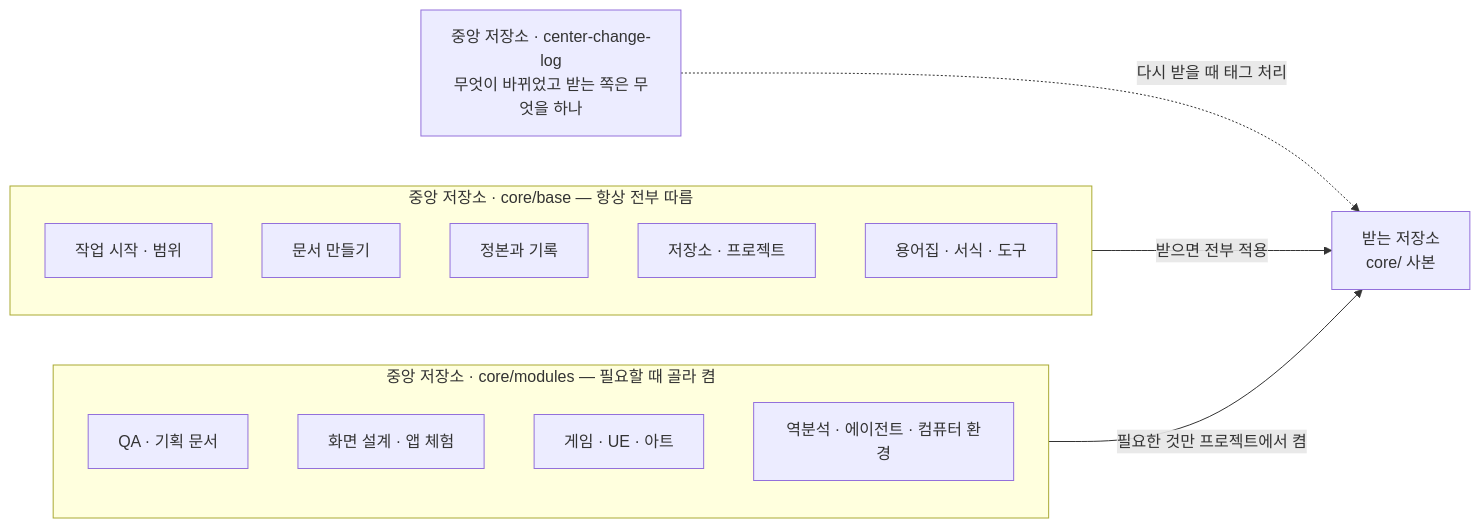
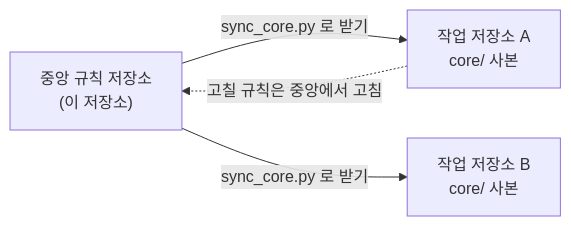
One commit to RyuSeoJin/rsj-centralized-control changed the diagram in README.md. Above: the diagram before and after it, drawn with Mermaid. The commit also changed other lines of this file and 1 other file, not shown here.

First line of the commit message:
[Center] README를 처음 보는 사람과 fork할 사람 기준으로 다시 쓰고 MIT 라이선스를 더함

````diff
--- a/README.md
+++ b/README.md
@@ -42,20 +17,6 @@
 ```mermaid
 flowchart LR
-  subgraph B["중앙 저장소 · core/base — 항상 전부 따름"]
-    b1["작업 시작 · 범위"]
-    b2["문서 만들기"]
-    b3["정본과 기록"]
-    b4["저장소 · 프로젝트"]
-    b5["용어집 · 서식 · 도구"]
-  end
-  subgraph M["중앙 저장소 · core/modules — 필요할 때 골라 켬"]
-    m1["QA · 기획 문서"]
-    m2["화면 설계 · 앱 체험"]
-    m3["게임 · UE · 아트"]
-    m4["역분석 · 에이전트 · 컴퓨터 환경"]
-  end
-  L["중앙 저장소 · center-change-log<br/>무엇이 바뀌었고 받는 쪽은 무엇을 하나"]
-  B -->|받으면 전부 적용| R["받는 저장소<br/>core/ 사본"]
-  M -->|필요한 것만 프로젝트에서 켬| R
-  L -.->|다시 받을 때 태그 처리| R
+  C["중앙 규칙 저장소<br/>(이 저장소)"] -->|sync_core.py 로 받기| A["작업 저장소 A<br/>core/ 사본"]
+  C -->|sync_core.py 로 받기| B["작업 저장소 B<br/>core/ 사본"]
+  A -.->|고칠 규칙은 중앙에서 고침| C
 ```
````
